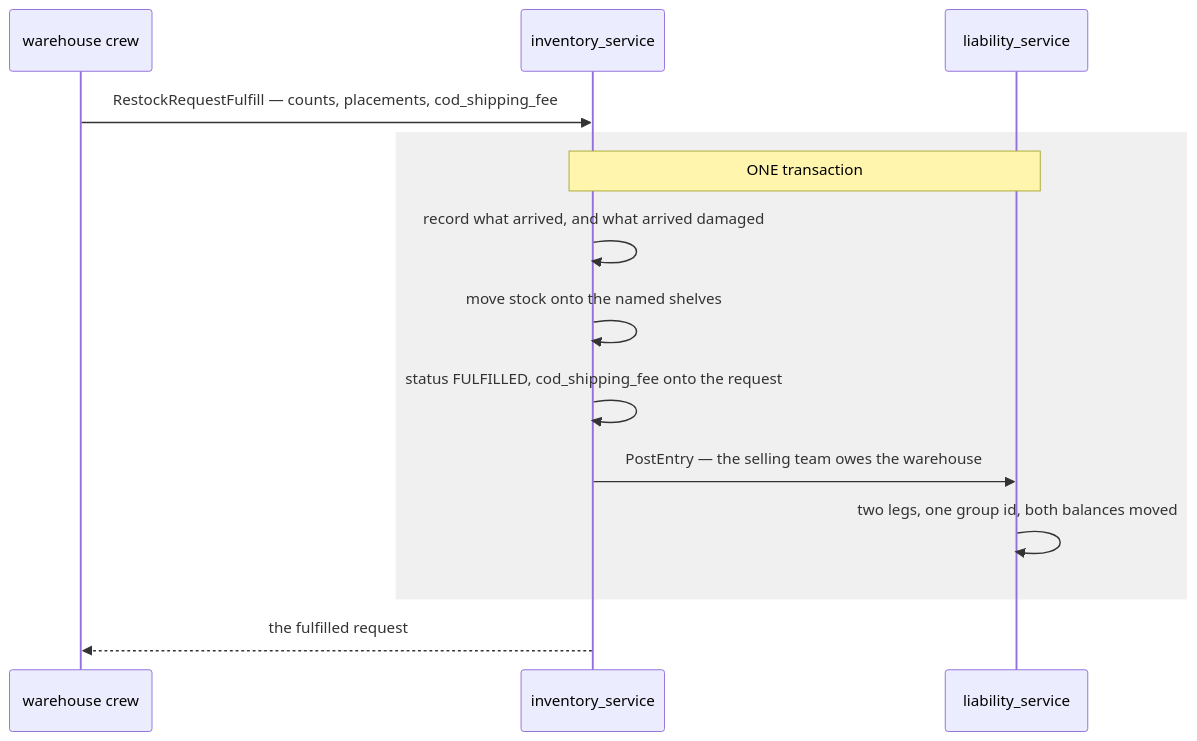
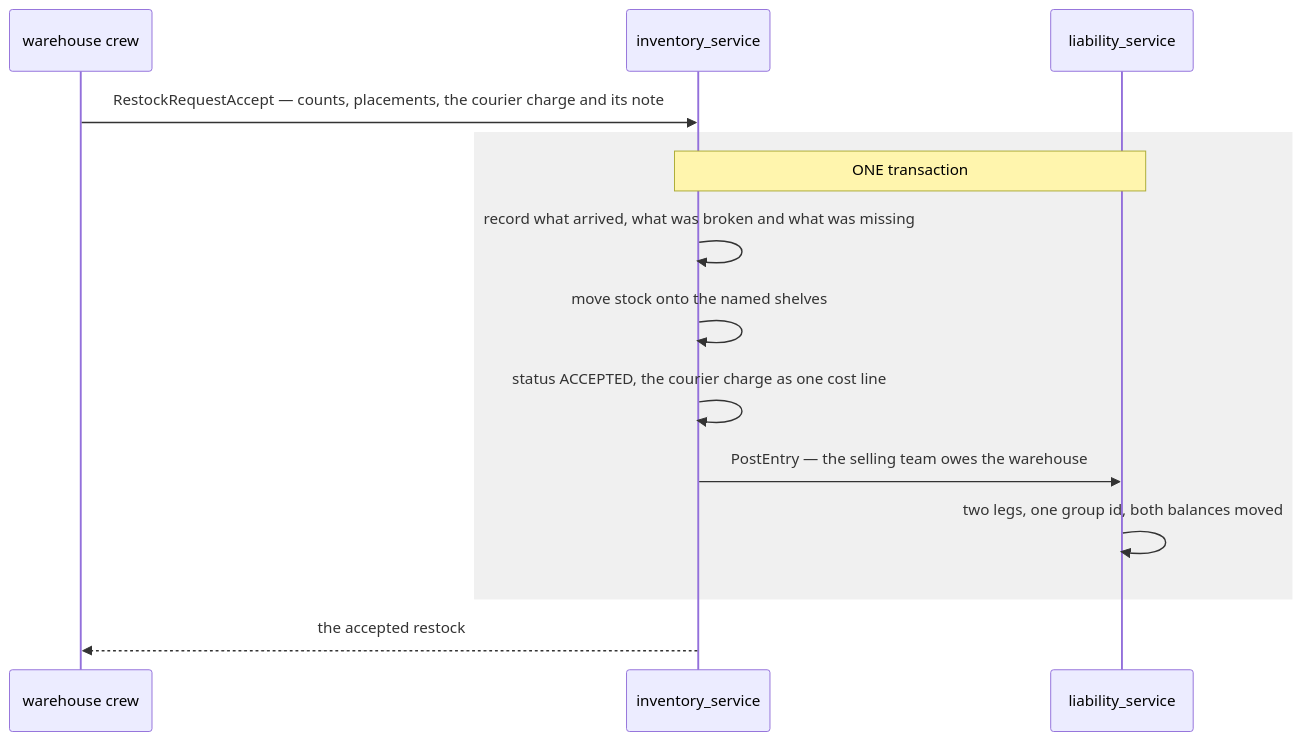
Before and after one commit to pdcgo/warehouse_revamp: the first of 6 diagrams in docs/services/liability_service/rpc.md, drawn with Mermaid. The commit also changed 145 other files, not shown here.

````diff
--- a/docs/services/liability_service/rpc.md
+++ b/docs/services/liability_service/rpc.md
@@ -10,17 +10,17 @@
 ```mermaid
 sequenceDiagram
     participant W as warehouse crew
     participant I as inventory_service
     participant S as liability_service
 
-    W->>I: RestockRequestFulfill — counts, placements, cod_shipping_fee
+    W->>I: RestockRequestAccept — counts, placements, the courier charge and its note
     rect rgb(240, 240, 240)
         Note over I,S: ONE transaction
-        I->>I: record what arrived, and what arrived damaged
+        I->>I: record what arrived, what was broken and what was missing
         I->>I: move stock onto the named shelves
-        I->>I: status FULFILLED, cod_shipping_fee onto the request
+        I->>I: status ACCEPTED, the courier charge as one cost line
         I->>S: PostEntry — the selling team owes the warehouse
         S->>S: two legs, one group id, both balances moved
     end
-    I-->>W: the fulfilled request
+    I-->>W: the accepted restock
 ```
````
